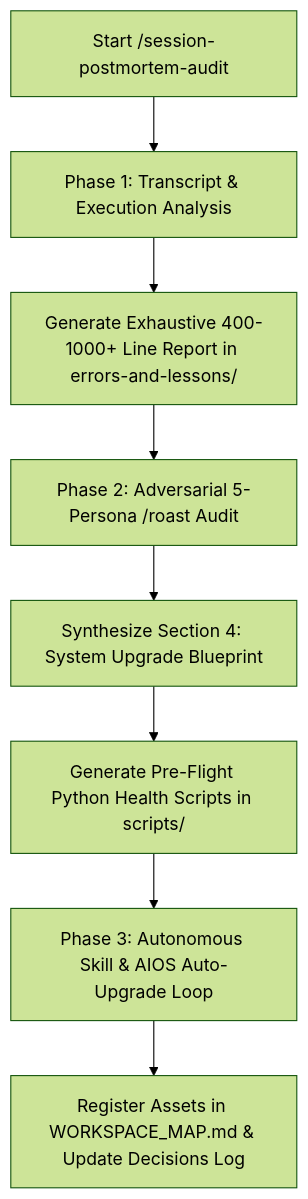
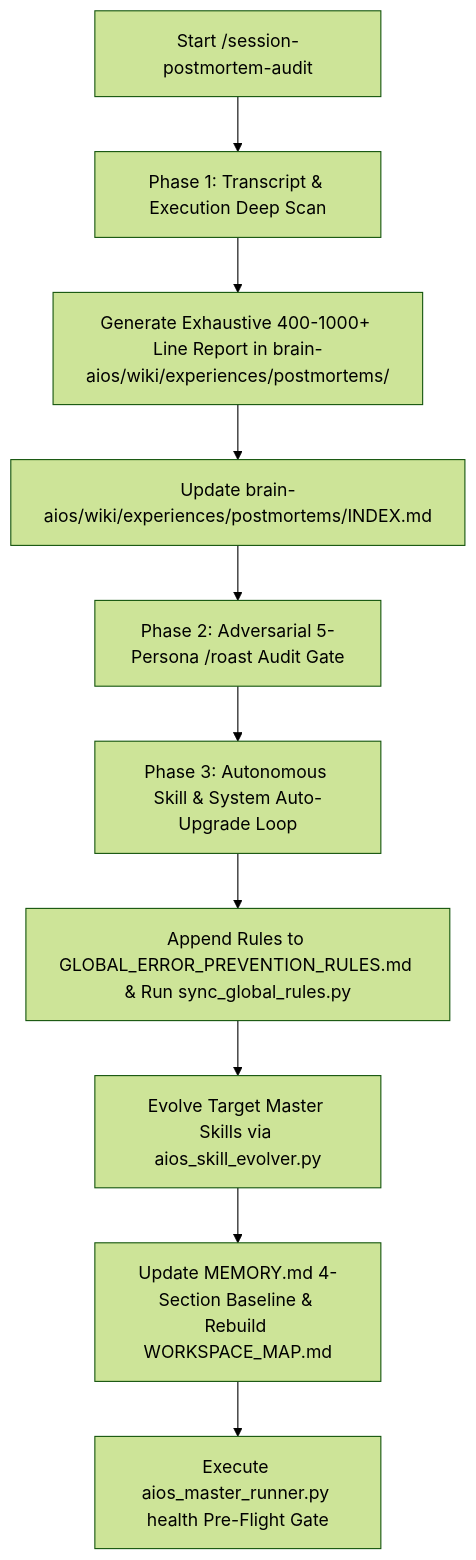
One commit to atinek-182/AI-OS changed the diagram in .agents/skills/session-postmortem-audit/SKILL.md. Above: the diagram before and after it, drawn with Mermaid (forest theme). The commit also changed other lines of this file and 245 other files, not shown here.

Commit message:
feat(system): modernize AIOS for Gemini 3.7 Flash High, eliminate prompt truncation, cure brain inversion, and deploy autonomous skill evolver

````diff
--- a/.agents/skills/session-postmortem-audit/SKILL.md
+++ b/.agents/skills/session-postmortem-audit/SKILL.md
@@ -49,10 +53,12 @@
 ```mermaid
 graph TD
-    A[Start /session-postmortem-audit] --> B[Phase 1: Transcript & Execution Analysis]
-    B --> C[Generate Exhaustive 400-1000+ Line Report in errors-and-lessons/]
-    C --> D[Phase 2: Adversarial 5-Persona /roast Audit]
-    D --> E[Synthesize Section 4: System Upgrade Blueprint]
-    E --> F[Generate Pre-Flight Python Health Scripts in scripts/]
-    F --> G[Phase 3: Autonomous Skill & AIOS Auto-Upgrade Loop]
-    G --> H[Register Assets in WORKSPACE_MAP.md & Update Decisions Log]
+    A[Start /session-postmortem-audit] --> B[Phase 1: Transcript & Execution Deep Scan]
+    B --> C[Generate Exhaustive 400-1000+ Line Report in brain-aios/wiki/experiences/postmortems/]
+    C --> D[Update brain-aios/wiki/experiences/postmortems/INDEX.md]
+    D --> E[Phase 2: Adversarial 5-Persona /roast Audit Gate]
+    E --> F[Phase 3: Autonomous Skill & System Auto-Upgrade Loop]
+    F --> G[Append Rules to GLOBAL_ERROR_PREVENTION_RULES.md & Run sync_global_rules.py]
+    G --> H[Evolve Target Master Skills via aios_skill_evolver.py]
+    H --> I[Update MEMORY.md 4-Section Baseline & Rebuild WORKSPACE_MAP.md]
+    I --> J[Execute aios_master_runner.py health Pre-Flight Gate]
 ```
````
